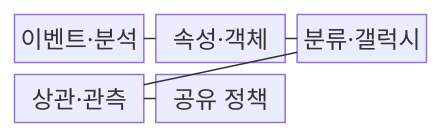
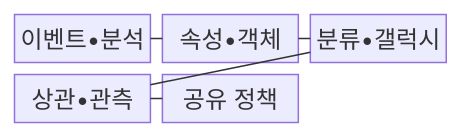
One commit to agnusdei1207/knowledge-base changed the first of 2 diagrams in src/content/docs/notes/05-security/033_misp.md. Above: the diagram before and after it, drawn with Mermaid. The commit also changed other lines of this file and 953 other files, not shown here.

````diff
--- a/src/content/docs/notes/05-security/033_misp.md
+++ b/src/content/docs/notes/05-security/033_misp.md
@@ -67,13 +67,13 @@
 ```mermaid
 block-beta
   columns 3
-  A["이벤트·분석"]
-  B["속성·객체"]
-  C["분류·갤럭시"]
-  D["상관·관측"]
+  A["이벤트•분석"]
+  B["속성•객체"]
+  C["분류•갤럭시"]
+  D["상관•관측"]
   E["공유 정책"]
     A --- B
     B --- C
     C --- D
     D --- E
 ```
````
